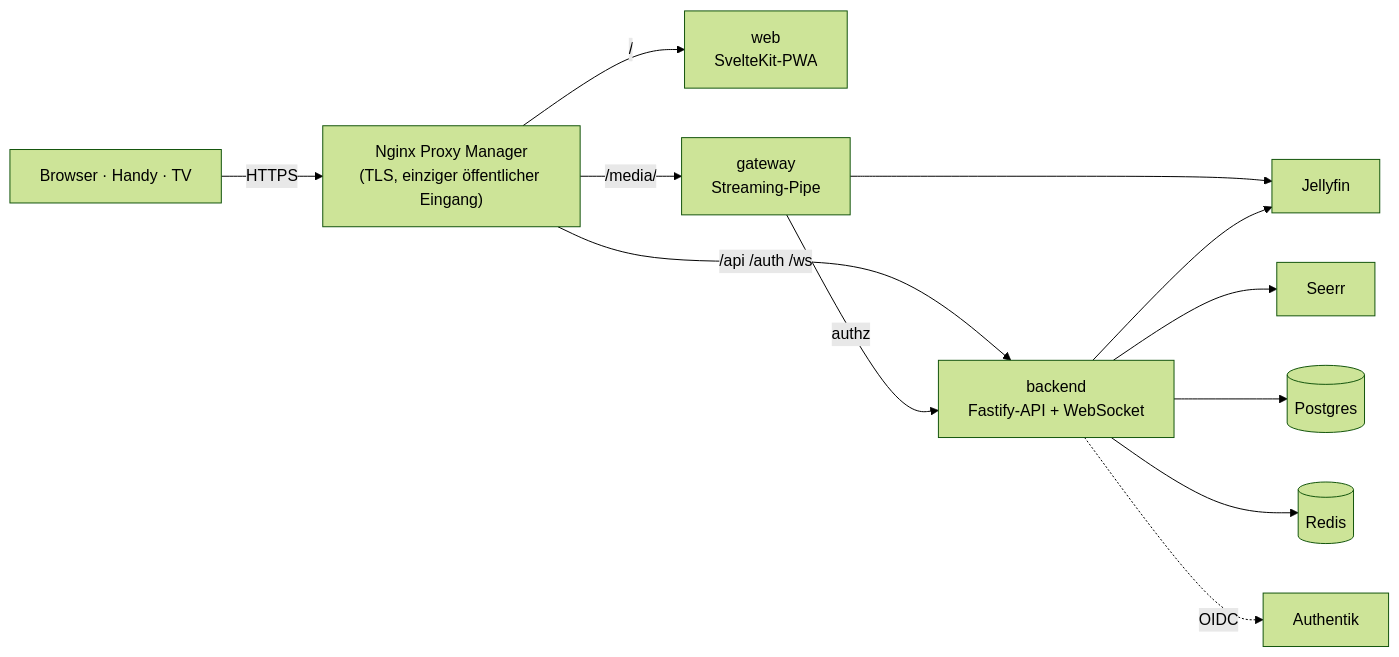
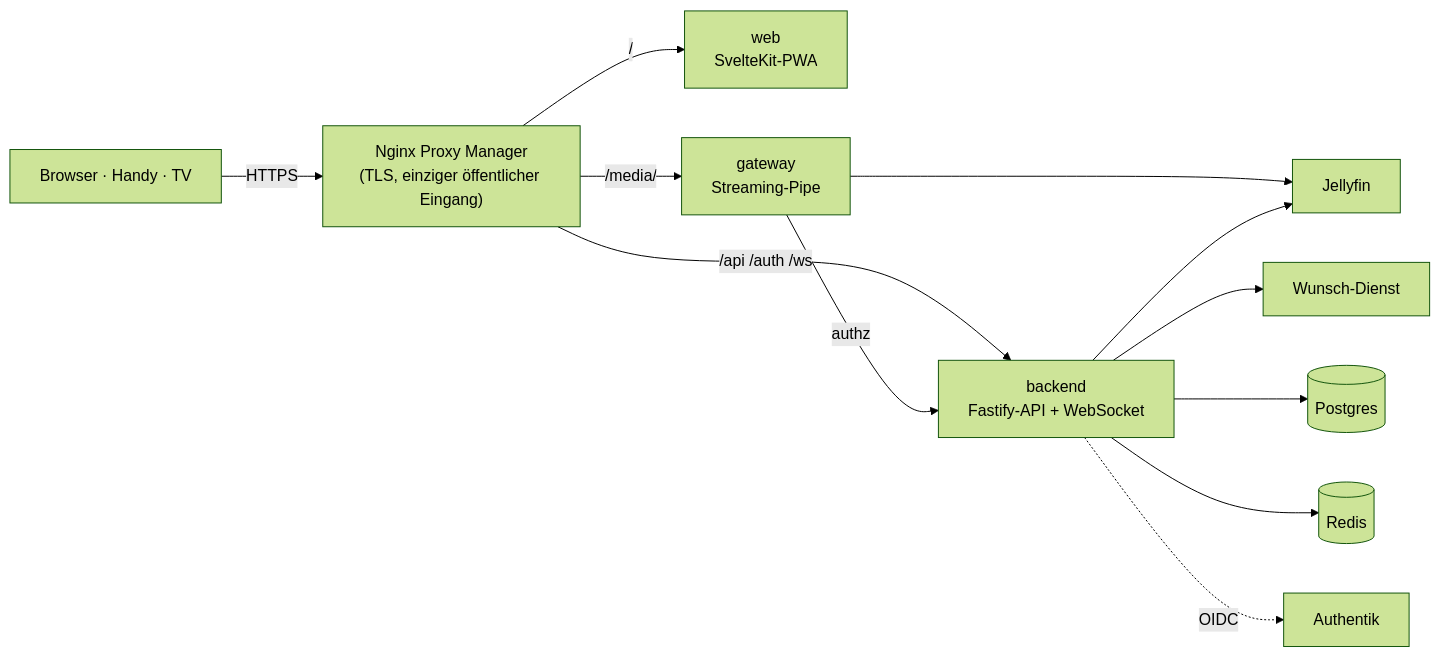
Before and after one commit to LetsManu/friendflix: the diagram in README.de.md, drawn with Mermaid (forest theme). The commit also changed other lines of this file and 8 other files, not shown here.

````diff
--- a/README.de.md
+++ b/README.de.md
@@ -201,14 +201,14 @@
 ```mermaid
 flowchart LR
   user["Browser · Handy · TV"] -->|HTTPS| npm["Nginx Proxy Manager<br/>(TLS, einziger öffentlicher Eingang)"]
   npm -->|"/"| web["web<br/>SvelteKit-PWA"]
   npm -->|"/api /auth /ws"| backend["backend<br/>Fastify-API + WebSocket"]
   npm -->|"/media/"| gateway["gateway<br/>Streaming-Pipe"]
   gateway -->|"authz"| backend
   gateway --> jellyfin["Jellyfin"]
   backend --> jellyfin
-  backend --> seerr["Seerr"]
+  backend --> seerr["Wunsch-Dienst"]
   backend --> postgres[("Postgres")]
   backend --> redis[("Redis")]
   backend -.->|"OIDC"| authentik["Authentik"]
 ```
````
